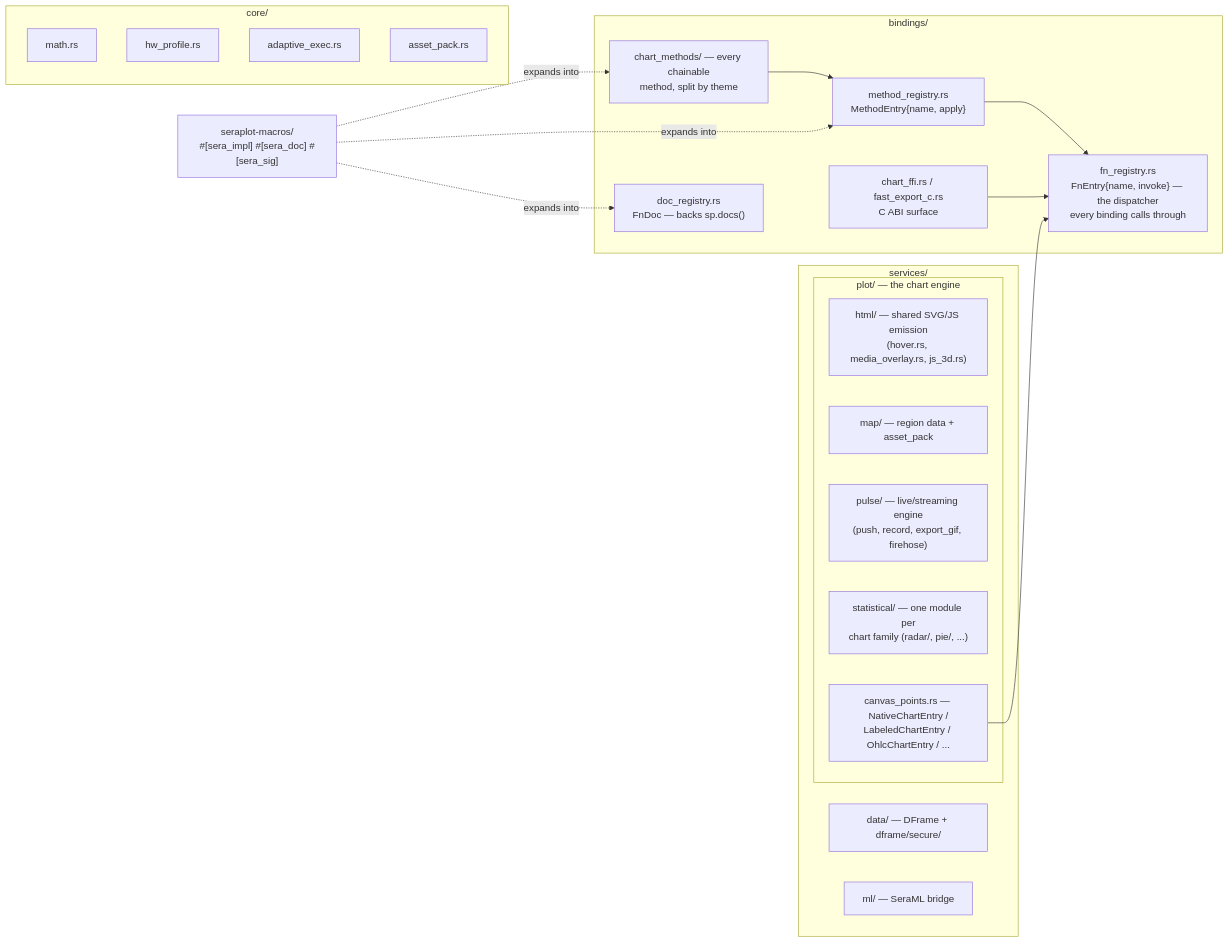
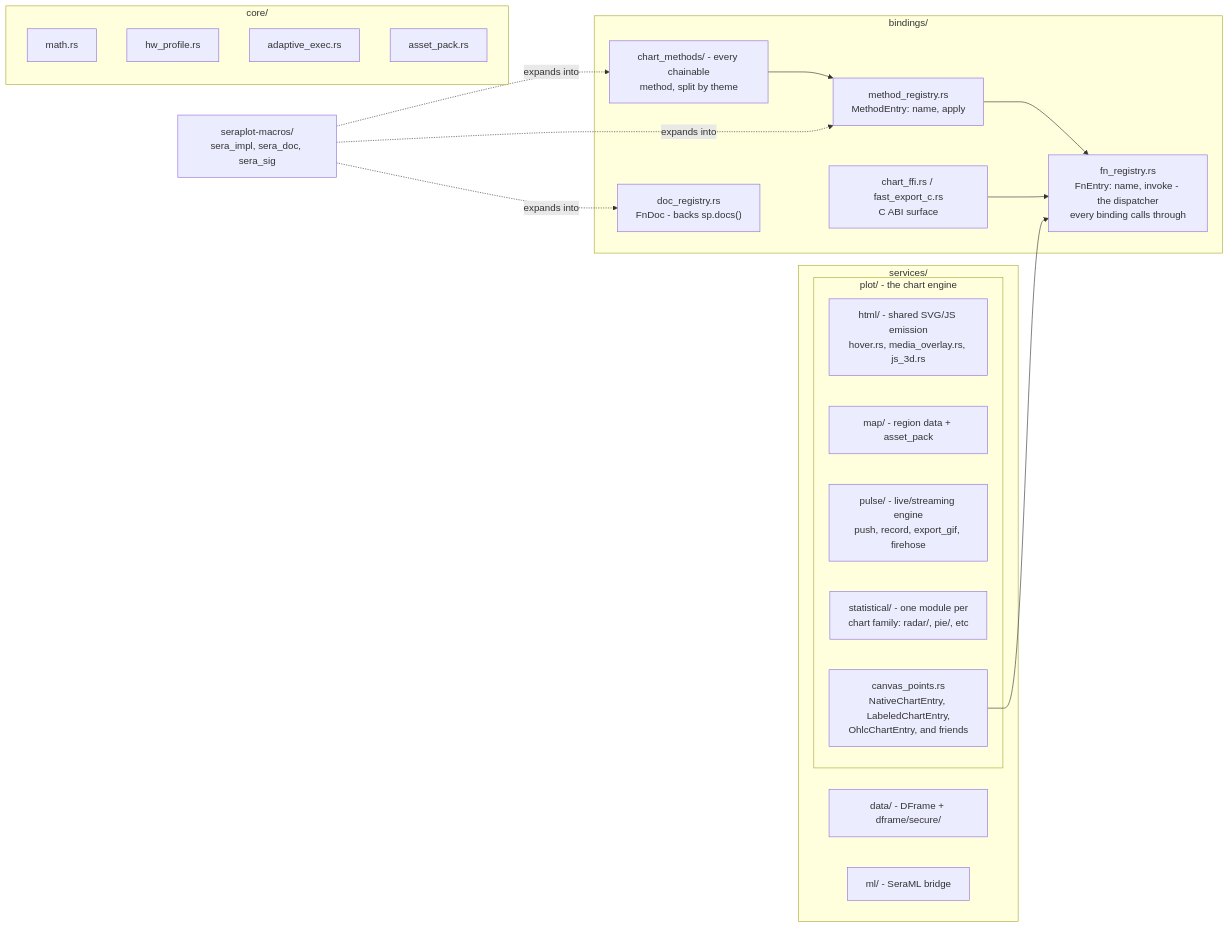
One commit to feur25/Sera changed the first of 3 diagrams in ARCHITECTURE.md. Above: the diagram before and after it, drawn with Mermaid. The commit also changed other lines of this file, not shown here.

Commit message:
fix(docs): remove invalid backslash escapes from architecture.md's mermaid diagrams

````diff
--- a/ARCHITECTURE.md
+++ b/ARCHITECTURE.md
@@ -59,40 +59,40 @@
 ```mermaid
 graph LR
     subgraph core["core/"]
         math["math.rs"]
         hw["hw_profile.rs"]
         adaptive["adaptive_exec.rs"]
         pack["asset_pack.rs"]
     end
 
     subgraph services["services/"]
-        data["data/ — DFrame + dframe/secure/"]
-        ml["ml/ — SeraML bridge"]
+        data["data/ - DFrame + dframe/secure/"]
+        ml["ml/ - SeraML bridge"]
 
-        subgraph plot["plot/ — the chart engine"]
-            html["html/ — shared SVG/JS emission\n(hover.rs, media_overlay.rs, js_3d.rs)"]
-            map["map/ — region data + asset_pack"]
-            pulse["pulse/ — live/streaming engine\n(push, record, export_gif, firehose)"]
-            statistical["statistical/ — one module per\nchart family (radar/, pie/, ...)"]
-            canvas_points["canvas_points.rs — NativeChartEntry /\nLabeledChartEntry / OhlcChartEntry / ..."]
+        subgraph plot["plot/ - the chart engine"]
+            html["html/ - shared SVG/JS emission<br/>hover.rs, media_overlay.rs, js_3d.rs"]
+            map["map/ - region data + asset_pack"]
+            pulse["pulse/ - live/streaming engine<br/>push, record, export_gif, firehose"]
+            statistical["statistical/ - one module per<br/>chart family: radar/, pie/, etc"]
+            canvas_points["canvas_points.rs<br/>NativeChartEntry, LabeledChartEntry,<br/>OhlcChartEntry, and friends"]
         end
     end
 
     subgraph bindings["bindings/"]
-        chart_methods["chart_methods/ — every chainable\nmethod, split by theme"]
-        method_registry["method_registry.rs\nMethodEntry{name, apply}"]
-        fn_registry["fn_registry.rs\nFnEntry{name, invoke} — the dispatcher\nevery binding calls through"]
-        doc_registry["doc_registry.rs\nFnDoc — backs sp.docs()"]
-        chart_ffi["chart_ffi.rs / fast_export_c.rs\nC ABI surface"]
+        chart_methods["chart_methods/ - every chainable<br/>method, split by theme"]
+        method_registry["method_registry.rs<br/>MethodEntry: name, apply"]
+        fn_registry["fn_registry.rs<br/>FnEntry: name, invoke - the dispatcher<br/>every binding calls through"]
+        doc_registry["doc_registry.rs<br/>FnDoc - backs sp.docs()"]
+        chart_ffi["chart_ffi.rs / fast_export_c.rs<br/>C ABI surface"]
     end
 
-    macros["seraplot-macros/\n#[sera_impl] #[sera_doc] #[sera_sig]"]
+    macros["seraplot-macros/<br/>sera_impl, sera_doc, sera_sig"]
 
     macros -. "expands into" .-> chart_methods
     macros -. "expands into" .-> method_registry
     macros -. "expands into" .-> doc_registry
     chart_methods --> method_registry
     method_registry --> fn_registry
     canvas_points --> fn_registry
     chart_ffi --> fn_registry
 ```
````
